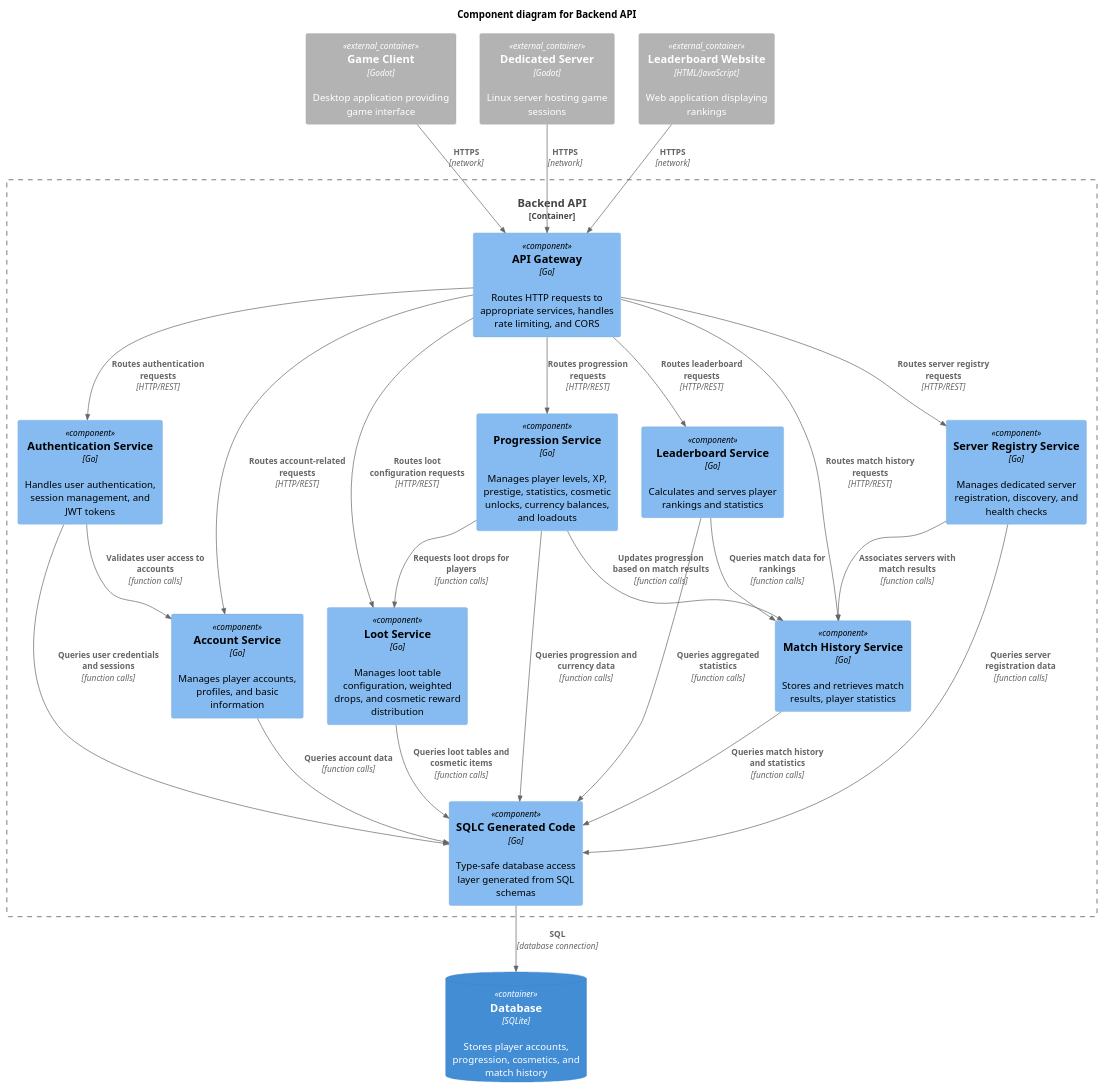
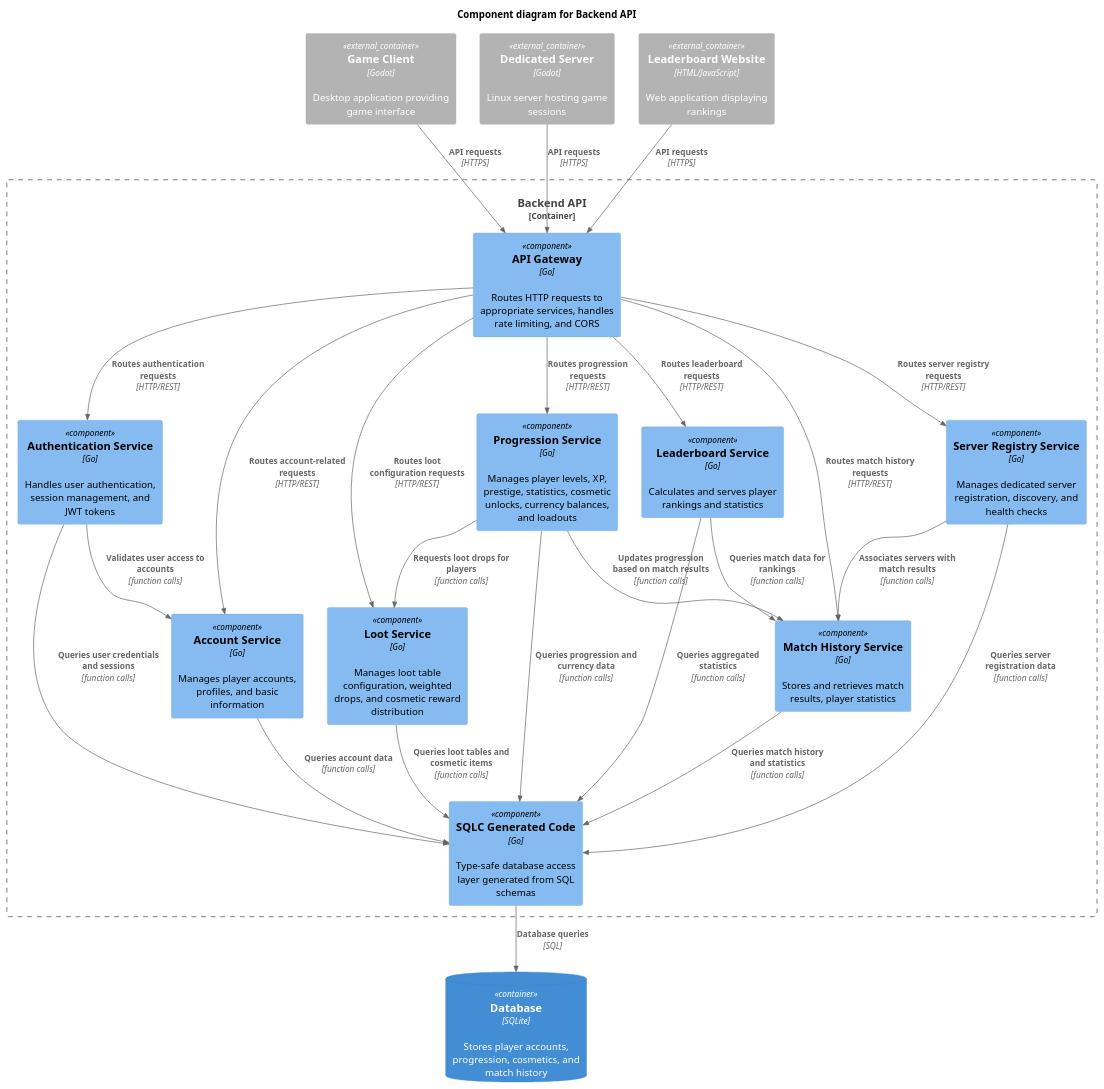
The diagram in docs/c4/containers/backend-api.puml (rodd-oss/ai-zombie-defense), drawn with PlantUML before and after one commit. The commit also changed 7 other files, not shown here.

First line of the commit message:
Update C4 diagrams and PRD documentation

```diff
--- a/docs/c4/containers/backend-api.puml
+++ b/docs/c4/containers/backend-api.puml
@@ -1,70 +1,70 @@
 @startuml
 !include https://raw.githubusercontent.com/plantuml-stdlib/C4-PlantUML/master/C4_Component.puml
 
 title Component diagram for Backend API
 
 ' External containers (from container diagram)
 Container_Ext(game_client, "Game Client", "Godot", "Desktop application providing game interface")
 Container_Ext(dedicated_server, "Dedicated Server", "Godot", "Linux server hosting game sessions")
 Container_Ext(leaderboard_website, "Leaderboard Website", "HTML/JavaScript", "Web application displaying rankings")
 ContainerDb(database, "Database", "SQLite", "Stores player accounts, progression, cosmetics, and match history")
 
 ' Backend API container boundary with internal components
 Container_Boundary(backend_api, "Backend API") {
   Component(auth_service, "Authentication Service", "Go", "Handles user authentication, session management, and JWT tokens")
   Component(account_service, "Account Service", "Go", "Manages player accounts, profiles, and basic information")
   Component(progression_service, "Progression Service", "Go", "Manages player levels, XP, prestige, statistics, cosmetic unlocks, currency balances, and loadouts")
   Component(match_history_service, "Match History Service", "Go", "Stores and retrieves match results, player statistics")
   Component(server_registry_service, "Server Registry Service", "Go", "Manages dedicated server registration, discovery, and health checks")
   Component(leaderboard_service, "Leaderboard Service", "Go", "Calculates and serves player rankings and statistics")
   Component(loot_service, "Loot Service", "Go", "Manages loot table configuration, weighted drops, and cosmetic reward distribution")
   Component(api_gateway, "API Gateway", "Go", "Routes HTTP requests to appropriate services, handles rate limiting, and CORS")
   Component(sqlc_generated, "SQLC Generated Code", "Go", "Type-safe database access layer generated from SQL schemas")
 }
 
 ' Internal service relationships
 ' API Gateway routes requests to appropriate services
 Rel(api_gateway, auth_service, "Routes authentication requests", "HTTP/REST")
 Rel(api_gateway, account_service, "Routes account-related requests", "HTTP/REST")
 Rel(api_gateway, progression_service, "Routes progression requests", "HTTP/REST")
 Rel(api_gateway, match_history_service, "Routes match history requests", "HTTP/REST")
 Rel(api_gateway, server_registry_service, "Routes server registry requests", "HTTP/REST")
 Rel(api_gateway, leaderboard_service, "Routes leaderboard requests", "HTTP/REST")
 Rel(api_gateway, loot_service, "Routes loot configuration requests", "HTTP/REST")
 
 ' Service interactions
 Rel(auth_service, account_service, "Validates user access to accounts", "function calls")
 Rel(progression_service, match_history_service, "Updates progression based on match results", "function calls")
 Rel(leaderboard_service, match_history_service, "Queries match data for rankings", "function calls")
 Rel(server_registry_service, match_history_service, "Associates servers with match results", "function calls")
 Rel(progression_service, loot_service, "Requests loot drops for players", "function calls")
 
 ' Database access through SQLC generated layer
 Rel(auth_service, sqlc_generated, "Queries user credentials and sessions", "function calls")
 Rel(account_service, sqlc_generated, "Queries account data", "function calls")
 Rel(progression_service, sqlc_generated, "Queries progression and currency data", "function calls")
 Rel(match_history_service, sqlc_generated, "Queries match history and statistics", "function calls")
 Rel(server_registry_service, sqlc_generated, "Queries server registration data", "function calls")
 Rel(leaderboard_service, sqlc_generated, "Queries aggregated statistics", "function calls")
 Rel(loot_service, sqlc_generated, "Queries loot tables and cosmetic items", "function calls")
-Rel(sqlc_generated, database, "SQL", "database connection")
+Rel(sqlc_generated, database, "Database queries", "SQL")
 
 ' External connections
-Rel(game_client, api_gateway, "HTTPS", "network")
-Rel(dedicated_server, api_gateway, "HTTPS", "network")
-Rel(leaderboard_website, api_gateway, "HTTPS", "network")
+Rel(game_client, api_gateway, "API requests", "HTTPS")
+Rel(dedicated_server, api_gateway, "API requests", "HTTPS")
+Rel(leaderboard_website, api_gateway, "API requests", "HTTPS")
 
 ' Specific API endpoints
 ' Game Client uses: authentication, progression, cosmetics, server list, leaderboards
 ' Dedicated Server uses: registration, match result submission, health reporting, loot table configuration
 ' Leaderboard Website uses: leaderboard data queries
 ' Admin tools: loot table management, cosmetic catalog management
 
 ' Diagram references
 ' See context diagram: docs/c4/context.puml
 ' See container diagram: docs/c4/container.puml
 ' See Game Client components: docs/c4/containers/game-client.puml
 ' See Dedicated Server components: docs/c4/containers/dedicated-server.puml
 ' (This is a component diagram for the "Backend API" container)
 
 @enduml
```
